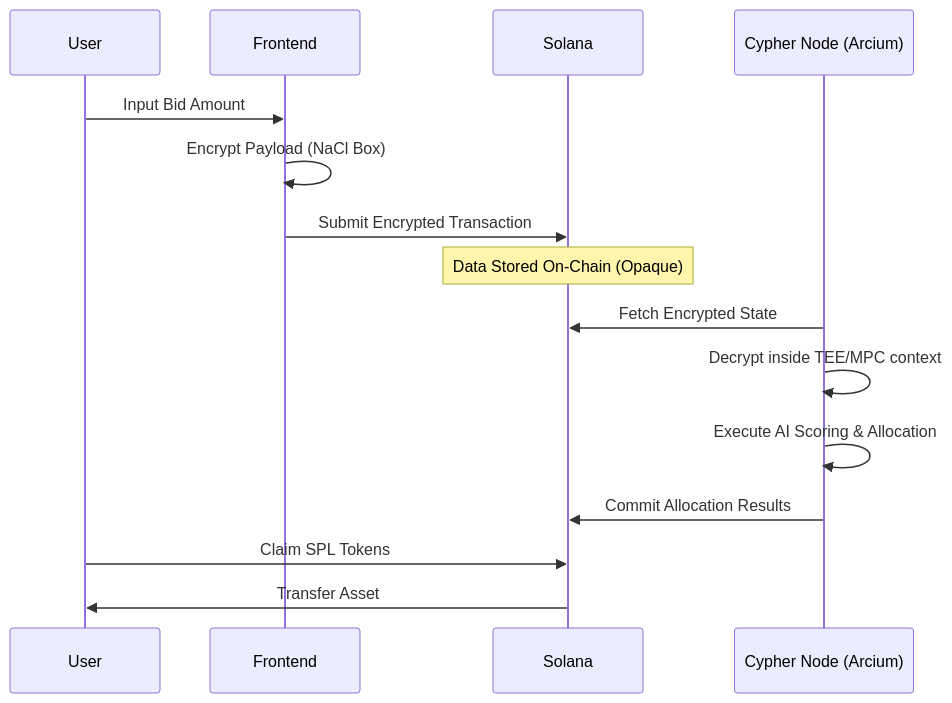
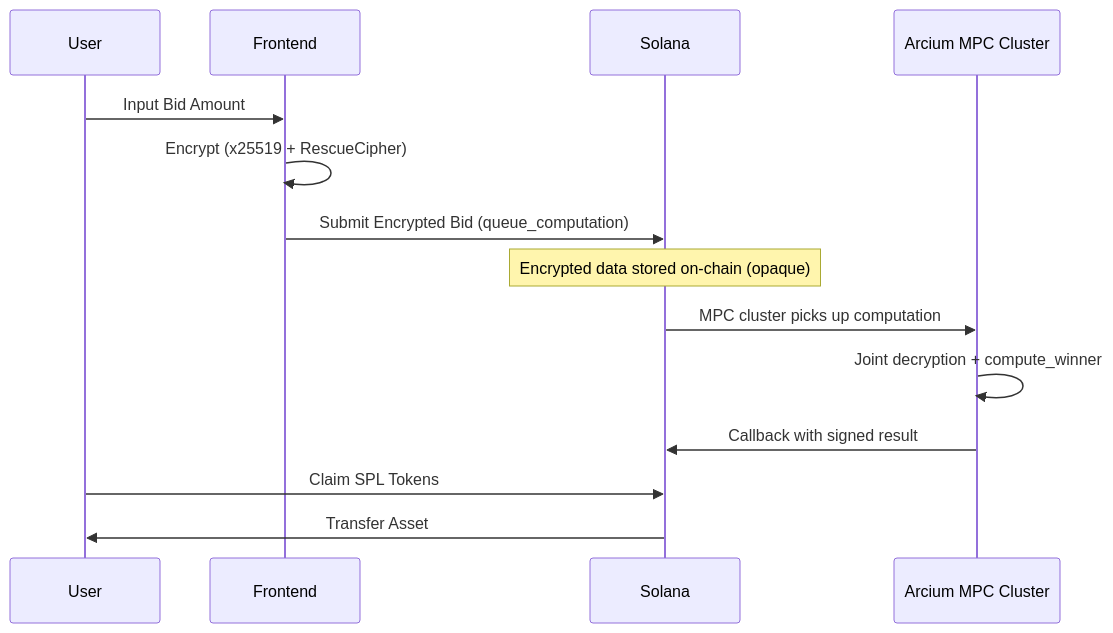
The diagram in README.md (michealimuse777/Obsidian), drawn with Mermaid before and after one commit. The commit also changed other lines of this file and 25 other files, not shown here.

First line of the commit message:
feat: integrate Arcium v0.7.0 for blind auction MPC

````diff
--- a/README.md
+++ b/README.md
@@ -39,21 +19,20 @@
 ```mermaid
 sequenceDiagram
     participant User
     participant Frontend
     participant Solana
-    participant Arcium as Cypher Node (Arcium)
-    
+    participant Arcium as Arcium MPC Cluster
+
     User->>Frontend: Input Bid Amount
-    Frontend->>Frontend: Encrypt Payload (NaCl Box)
-    Frontend->>Solana: Submit Encrypted Transaction
-    
-    Note over Solana: Data Stored On-Chain (Opaque)
-    
-    Arcium->>Solana: Fetch Encrypted State
-    Arcium->>Arcium: Decrypt inside TEE/MPC context
-    Arcium->>Arcium: Execute AI Scoring & Allocation
-    Arcium->>Solana: Commit Allocation Results
-    
+    Frontend->>Frontend: Encrypt (x25519 + RescueCipher)
+    Frontend->>Solana: Submit Encrypted Bid (queue_computation)
+
+    Note over Solana: Encrypted data stored on-chain (opaque)
+
+    Solana->>Arcium: MPC cluster picks up computation
+    Arcium->>Arcium: Joint decryption + compute_winner
+    Arcium->>Solana: Callback with signed result
+
     User->>Solana: Claim SPL Tokens
     Solana->>User: Transfer Asset
 ```
````
